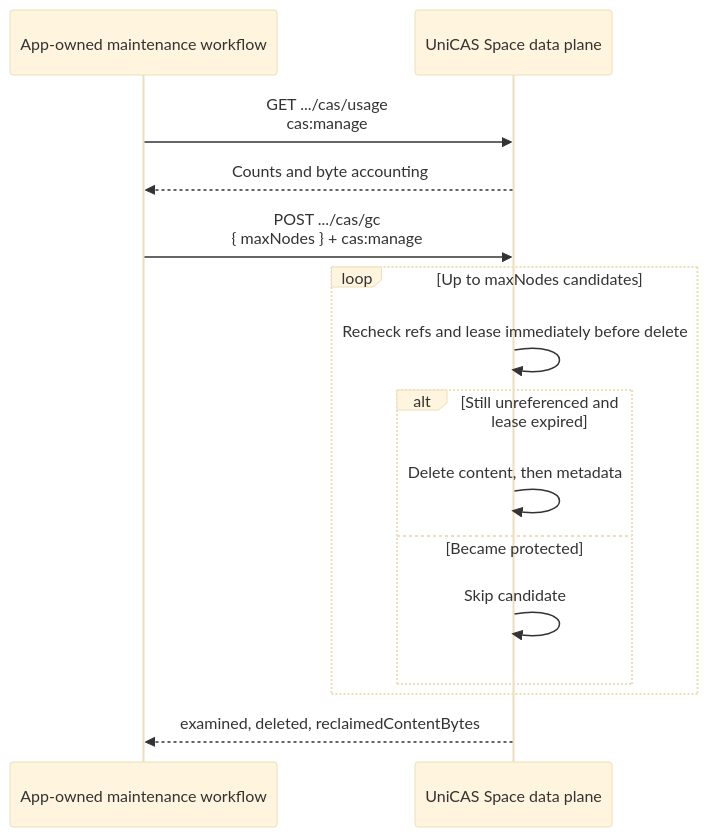
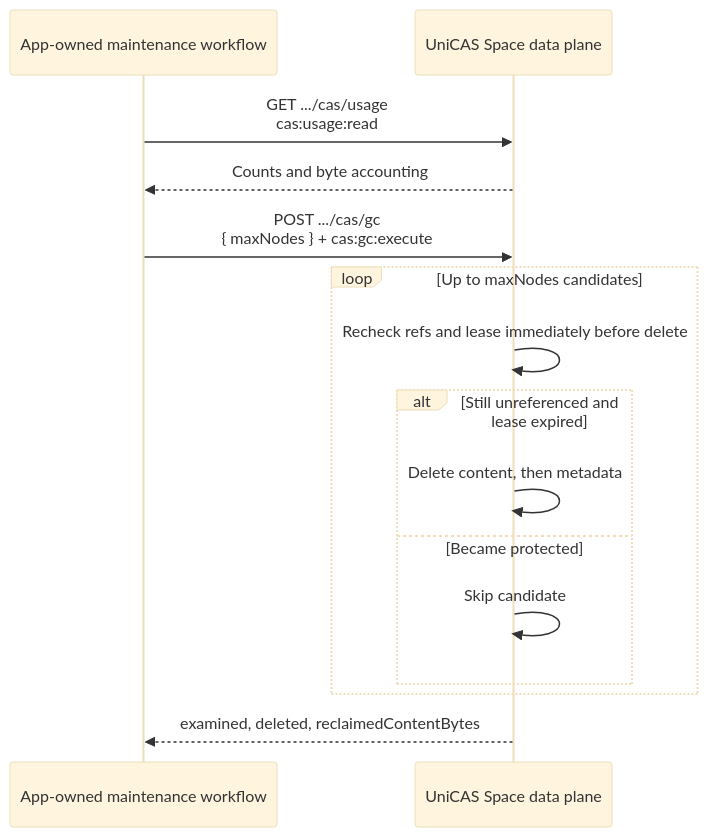
The fifth of 5 diagrams in docs/app-user-api/scenarios.md (shazhou-ww/unicas), drawn with Mermaid (base theme) before and after one commit. The commit also changed other lines of this file and 22 other files, not shown here.

````diff
--- a/docs/app-user-api/scenarios.md
+++ b/docs/app-user-api/scenarios.md
@@ -146,18 +147,18 @@
 ```mermaid
 sequenceDiagram
     participant Operator as App-owned maintenance workflow
     participant CAS as UniCAS Space data plane
 
-    Operator->>CAS: GET .../cas/usage<br/>cas:manage
+    Operator->>CAS: GET .../cas/usage<br/>cas:usage:read
     CAS-->>Operator: Counts and byte accounting
-    Operator->>CAS: POST .../cas/gc<br/>{ maxNodes } + cas:manage
+    Operator->>CAS: POST .../cas/gc<br/>{ maxNodes } + cas:gc:execute
     loop Up to maxNodes candidates
         CAS->>CAS: Recheck refs and lease immediately before delete
         alt Still unreferenced and lease expired
             CAS->>CAS: Delete content, then metadata
         else Became protected
             CAS->>CAS: Skip candidate
         end
     end
     CAS-->>Operator: examined, deleted, reclaimedContentBytes
 ```
````
